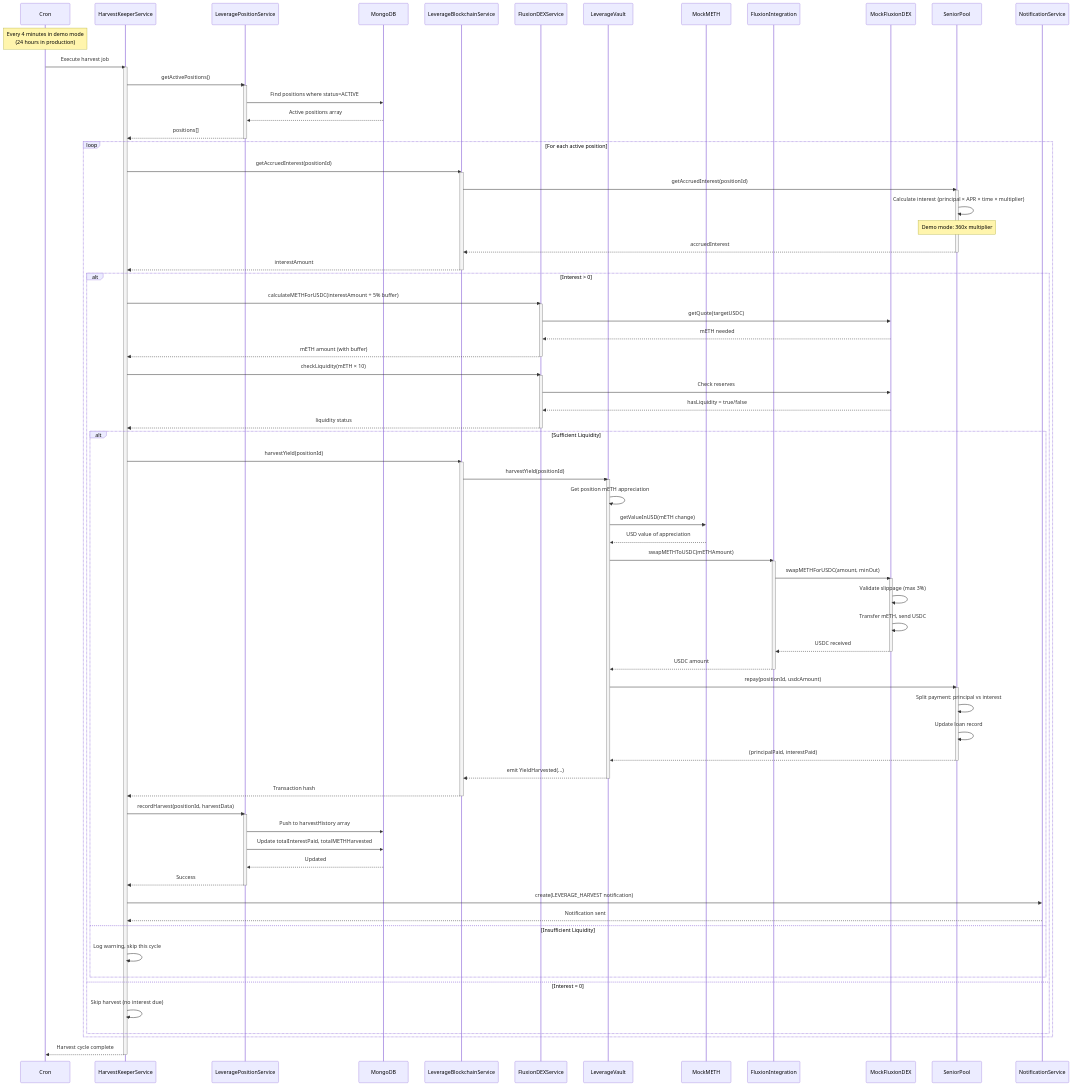
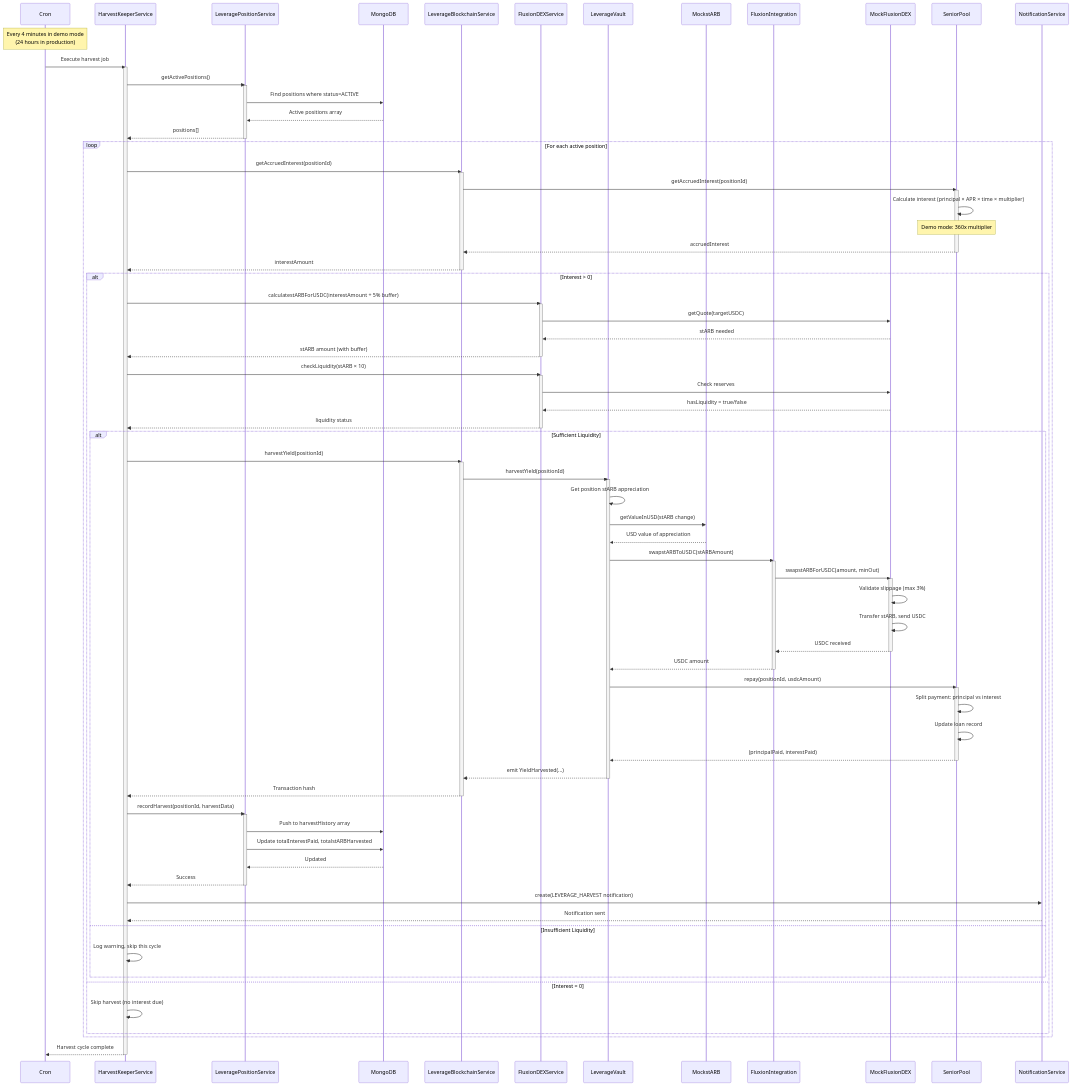
Before and after one commit to TheOpenAssets/TOA-Client: the second of 4 diagrams in docs/backend/SEQUENCE_DIAGRAMS.md, drawn with Mermaid. The commit also changed other lines of this file and 87 other files, not shown here.

```diff
--- a/docs/backend/SEQUENCE_DIAGRAMS.md
+++ b/docs/backend/SEQUENCE_DIAGRAMS.md
@@ -112,7 +112,7 @@
     participant LeverageBlockchainService
     participant FluxionDEXService
     participant LeverageVault
-    participant MockMETH
+    participant MockstARB
     participant FluxionIntegration
     participant MockFluxionDEX
     participant SeniorPool
@@ -143,14 +143,14 @@
         deactivate LeverageBlockchainService
 
         alt Interest > 0
-            HarvestKeeperService->>FluxionDEXService: calculateMETHForUSDC(interestAmount + 5% buffer)
+            HarvestKeeperService->>FluxionDEXService: calculatestARBForUSDC(interestAmount + 5% buffer)
             activate FluxionDEXService
             FluxionDEXService->>MockFluxionDEX: getQuote(targetUSDC)
-            MockFluxionDEX-->>FluxionDEXService: mETH needed
-            FluxionDEXService-->>HarvestKeeperService: mETH amount (with buffer)
+            MockFluxionDEX-->>FluxionDEXService: stARB needed
+            FluxionDEXService-->>HarvestKeeperService: stARB amount (with buffer)
             deactivate FluxionDEXService
 
-            HarvestKeeperService->>FluxionDEXService: checkLiquidity(mETH × 10)
+            HarvestKeeperService->>FluxionDEXService: checkLiquidity(stARB × 10)
             activate FluxionDEXService
             FluxionDEXService->>MockFluxionDEX: Check reserves
             MockFluxionDEX-->>FluxionDEXService: hasLiquidity = true/false
@@ -164,16 +164,16 @@
                 LeverageBlockchainService->>LeverageVault: harvestYield(positionId)
                 activate LeverageVault
 
-                LeverageVault->>LeverageVault: Get position mETH appreciation
-                LeverageVault->>MockMETH: getValueInUSD(mETH change)
-                MockMETH-->>LeverageVault: USD value of appreciation
+                LeverageVault->>LeverageVault: Get position stARB appreciation
+                LeverageVault->>MockstARB: getValueInUSD(stARB change)
+                MockstARB-->>LeverageVault: USD value of appreciation
 
-                LeverageVault->>FluxionIntegration: swapMETHToUSDC(mETHAmount)
+                LeverageVault->>FluxionIntegration: swapstARBToUSDC(stARBAmount)
                 activate FluxionIntegration
-                FluxionIntegration->>MockFluxionDEX: swapMETHForUSDC(amount, minOut)
+                FluxionIntegration->>MockFluxionDEX: swapstARBForUSDC(amount, minOut)
                 activate MockFluxionDEX
                 MockFluxionDEX->>MockFluxionDEX: Validate slippage (max 3%)
-                MockFluxionDEX->>MockFluxionDEX: Transfer mETH, send USDC
+                MockFluxionDEX->>MockFluxionDEX: Transfer stARB, send USDC
                 MockFluxionDEX-->>FluxionIntegration: USDC received
                 deactivate MockFluxionDEX
                 FluxionIntegration-->>LeverageVault: USDC amount
@@ -195,7 +195,7 @@
                 HarvestKeeperService->>LeveragePositionService: recordHarvest(positionId, harvestData)
                 activate LeveragePositionService
                 LeveragePositionService->>MongoDB: Push to harvestHistory array
-                LeveragePositionService->>MongoDB: Update totalInterestPaid, totalMETHHarvested
+                LeveragePositionService->>MongoDB: Update totalInterestPaid, totalstARBHarvested
                 MongoDB-->>LeveragePositionService: Updated
                 LeveragePositionService-->>HarvestKeeperService: Success
                 deactivate LeveragePositionService
```
